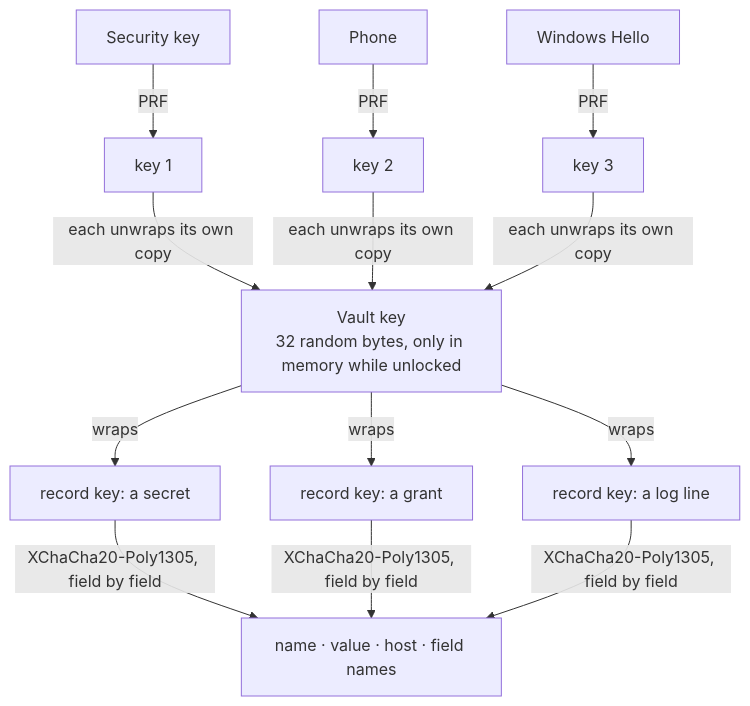
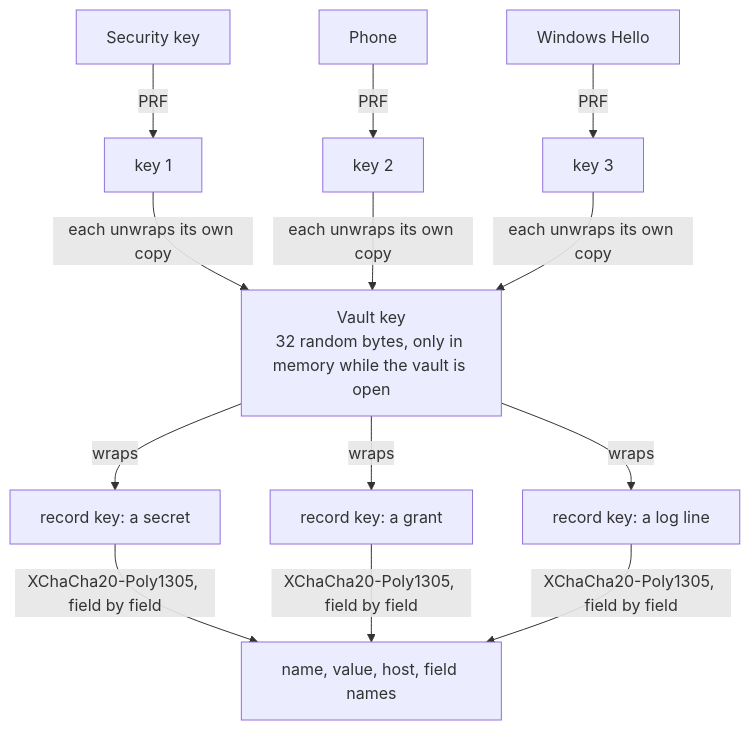
Before and after one commit to kimVanRenterghemNew/Vaultgate: the second of 3 diagrams in README.md, drawn with Mermaid. The commit also changed other lines of this file and 571 other files, not shown here.

````diff
--- a/README.md
+++ b/README.md
@@ -88,11 +89,11 @@
 ```mermaid
 flowchart TD
     P1[Security key] -->|PRF| K1[key 1]
     P2[Phone] -->|PRF| K2[key 2]
     P3[Windows Hello] -->|PRF| K3[key 3]
-    K1 & K2 & K3 -->|each unwraps its own copy| VK[Vault key<br/>32 random bytes, only in memory while unlocked]
+    K1 & K2 & K3 -->|each unwraps its own copy| VK[Vault key<br/>32 random bytes, only in memory while the vault is open]
     VK -->|wraps| R1[record key: a secret]
     VK -->|wraps| R2[record key: a grant]
     VK -->|wraps| R3[record key: a log line]
-    R1 & R2 & R3 -->|XChaCha20-Poly1305, field by field| F[name · value · host · field names]
+    R1 & R2 & R3 -->|XChaCha20-Poly1305, field by field| F[name, value, host, field names]
 ```
````
